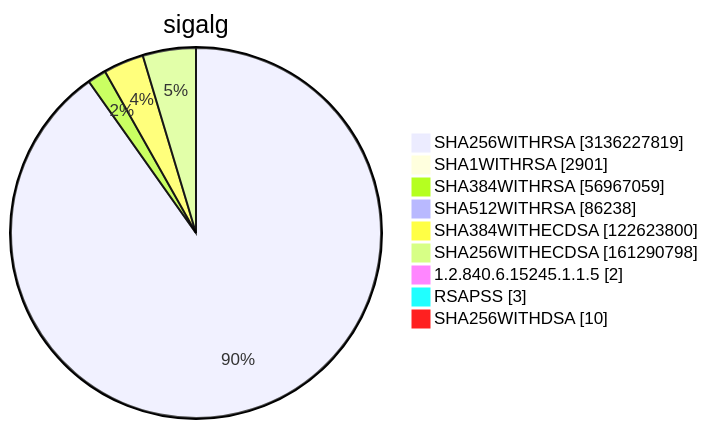
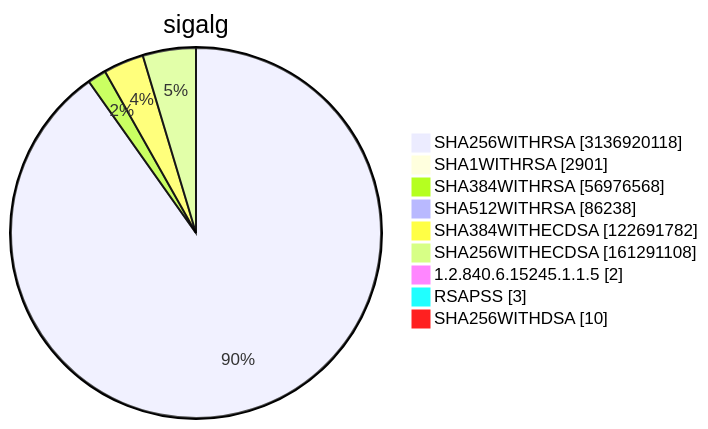
Diagram 15 of 15 in TOTAL/README.md (christiankrug/ctmonitor_visualization), drawn with Mermaid before and after one commit. The commit also changed other lines of this file, not shown here.

````diff
--- a/TOTAL/README.md
+++ b/TOTAL/README.md
@@ -6212,13 +6212,13 @@
 ```mermaid
 pie showData
 title sigalg
-"SHA256WITHRSA" :3136227819
+"SHA256WITHRSA" :3136920118
 "SHA1WITHRSA" :2901
-"SHA384WITHRSA" :56967059
+"SHA384WITHRSA" :56976568
 "SHA512WITHRSA" :86238
-"SHA384WITHECDSA" :122623800
-"SHA256WITHECDSA" :161290798
+"SHA384WITHECDSA" :122691782
+"SHA256WITHECDSA" :161291108
 "1.2.840.6.15245.1.1.5" :2
 "RSAPSS" :3
 "SHA256WITHDSA" :10
 ```
````
